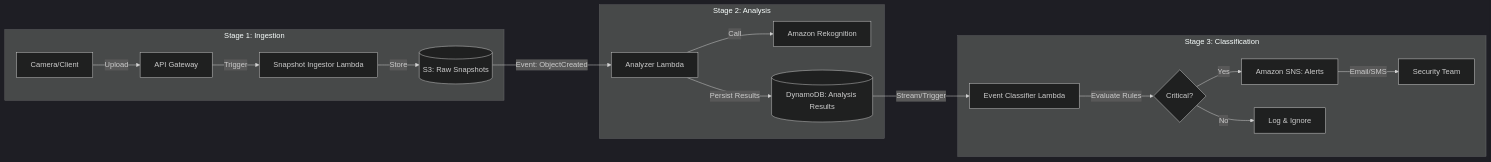
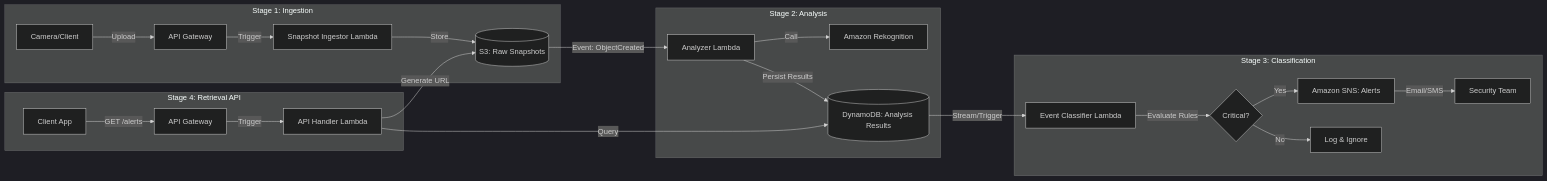
Before and after one commit to gustipardo/SnapSentinel: the diagram in README.md, drawn with Mermaid (dark theme). The commit also changed other lines of this file, not shown here.

````diff
--- a/README.md
+++ b/README.md
@@ -23,22 +23,29 @@
 ```mermaid
 flowchart LR
     subgraph Stage 1: Ingestion
     A[Camera/Client] -->|Upload| B[API Gateway]
     B -->|Trigger| C[Snapshot Ingestor Lambda]
     C -->|Store| D[(S3: Raw Snapshots)]
     end
 
     subgraph Stage 2: Analysis
     D -->|Event: ObjectCreated| E[Analyzer Lambda]
     E -->|Call| F[Amazon Rekognition]
     E -->|Persist Results| G[(DynamoDB: Analysis Results)]
     end
 
     subgraph Stage 3: Classification
     G -->|Stream/Trigger| H[Event Classifier Lambda]
     H -->|Evaluate Rules| I{Critical?}
     I -->|Yes| J[Amazon SNS: Alerts]
     I -->|No| K[Log & Ignore]
     J -->|Email/SMS| L[Security Team]
     end
+
+    subgraph Stage 4: Retrieval API
+    M[Client App] -->|GET /alerts| N[API Gateway]
+    N -->|Trigger| O[API Handler Lambda]
+    O -->|Query| G
+    O -->|Generate URL| D
+    end
 ```
````
